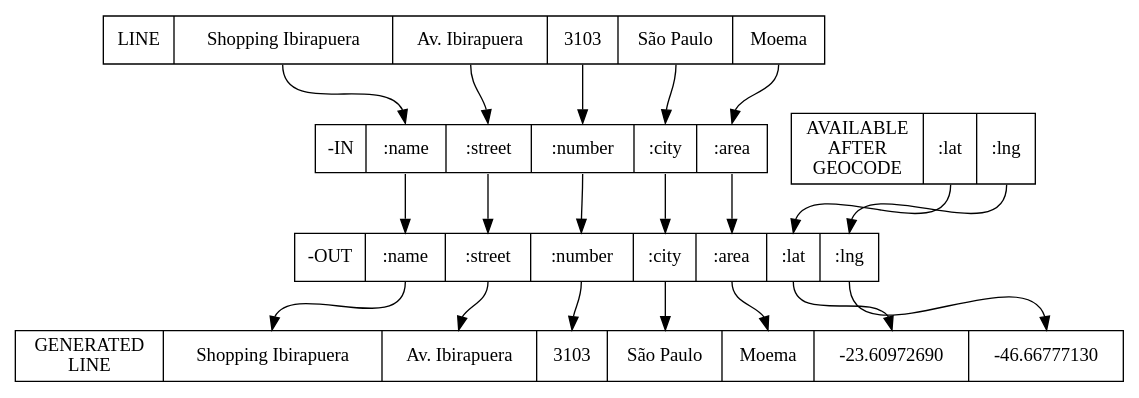
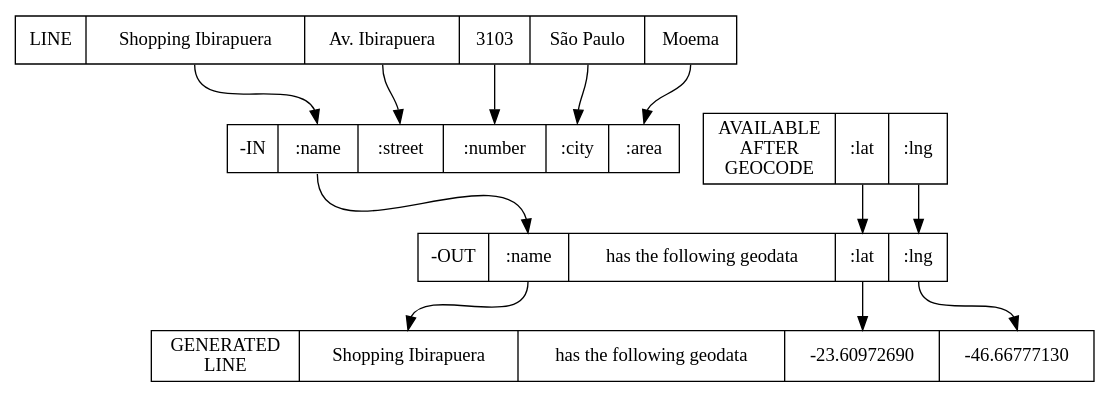
One commit to paulosuzart/ultimate-geo changed the diagram in ultimate.dot. Above: the diagram before and after it, drawn with Graphviz. The commit also changed 2 other files, not shown here.

Commit message:
Fixed graph to reflect the example given

```diff
--- a/ultimate.dot
+++ b/ultimate.dot
@@ -1,32 +1,24 @@
 digraph structs {
     node [shape=record];
     line [label=" LINE |<f0> Shopping Ibirapuera|<f1> Av. Ibirapuera|<f2> 3103| <f3> São Paulo |<f4> Moema"];
     infields  [label=" -IN | <f0> :name|<f1> :street|<f2> :number| <f3> :city |<f4> :area"];
     extrafields [label="AVAILABLE\nAFTER\nGEOCODE |<f0> :lat |<f1> :lng"];
-    outfields  [label="-OUT |<f0> :name|<f1> :street|<f2> :number| <f3> :city |<f4> :area |<f5> :lat |<f6> :lng"];
-    lineout [label="GENERATED\nLINE | <f0> Shopping Ibirapuera|<f1> Av. Ibirapuera|<f2> 3103| <f3> São Paulo |<f4> Moema|<f5> -23.60972690|<f6> -46.66777130"];
+    outfields  [label="-OUT |<f0> :name|<f1>  has the following geodata | <f2> :lat |<f3> :lng"];
+    lineout [label="GENERATED\nLINE | <f0> Shopping Ibirapuera|<f1> has the following geodata |<f2> -23.60972690|<f3> -46.66777130"];
 
     line:f0 -> infields:f0;
     line:f1 -> infields:f1;
     line:f2 -> infields:f2;
     line:f3 -> infields:f3;
     line:f4 -> infields:f4;
 
     infields:f0 -> outfields:f0;
-    infields:f1 -> outfields:f1;
-    infields:f2 -> outfields:f2;
-    infields:f3 -> outfields:f3;
-    infields:f4 -> outfields:f4;
- 
+
 
     outfields:f0 -> lineout:f0;
-    outfields:f1 -> lineout:f1;
+    extrafields:f0 -> outfields:f2;
+    extrafields:f1 -> outfields:f3;
     outfields:f2 -> lineout:f2;
     outfields:f3 -> lineout:f3;
-    outfields:f4 -> lineout:f4;
-    extrafields:f0 -> outfields:f5;
-    extrafields:f1 -> outfields:f6;
-    outfields:f5 -> lineout:f5;
-    outfields:f6 -> lineout:f6;
 
 }
```
